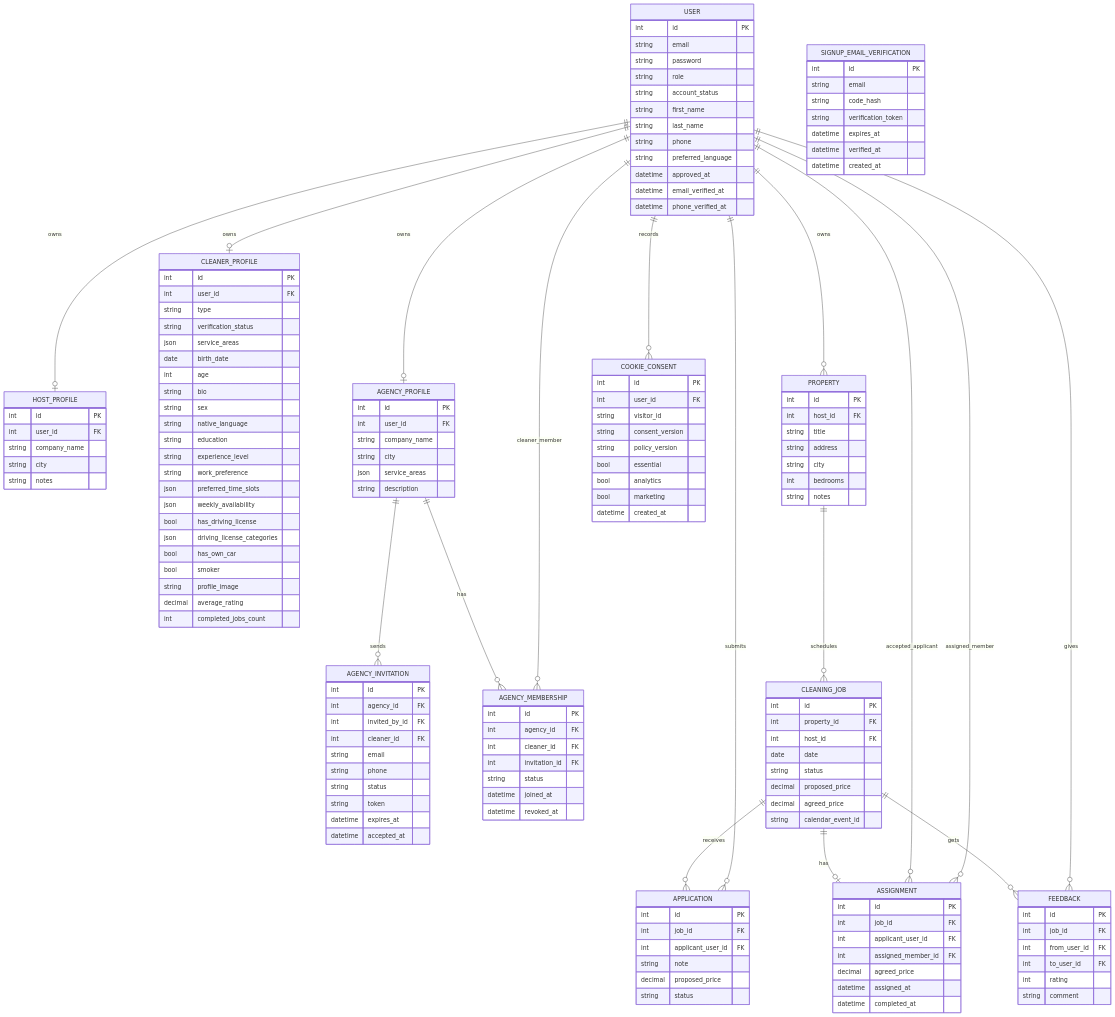
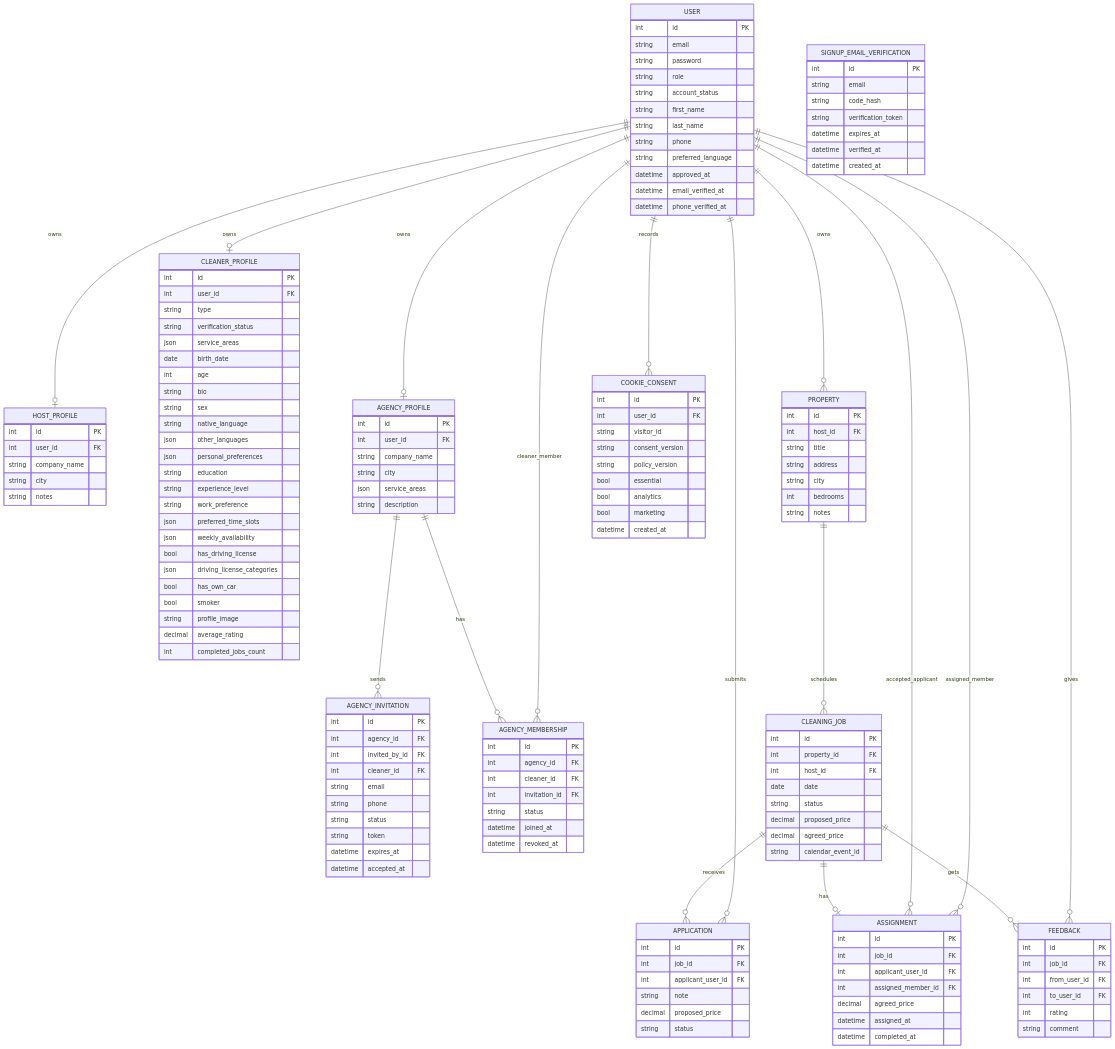
Before and after one commit to ICleanHouse/airbnb_tax: the diagram in architecture-db-workflow.md, drawn with Mermaid. The commit also changed other lines of this file and 13 other files, not shown here.

```diff
--- a/architecture-db-workflow.md
+++ b/architecture-db-workflow.md
@@ -40,6 +40,8 @@
       string bio
       string sex
       string native_language
+      json other_languages
+      json personal_preferences
       string education
       string experience_level
       string work_preference
```
